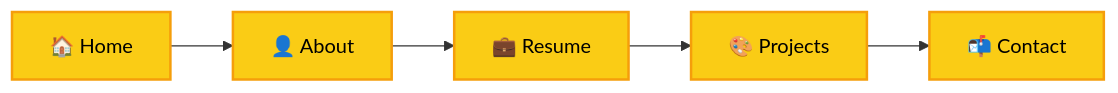
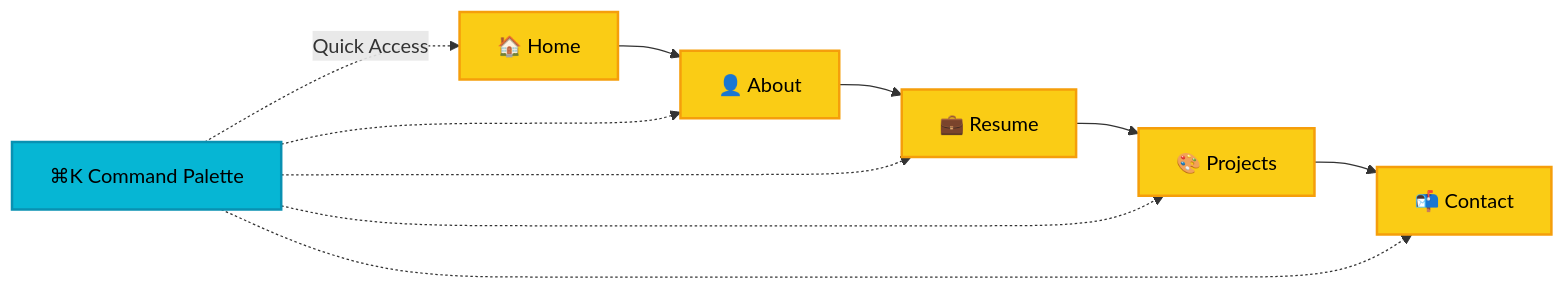
Before and after one commit to emredursun/professional-portfolio: the diagram in README.md, drawn with Mermaid. The commit also changed other lines of this file and 1 other file, not shown here.

````diff
--- a/README.md
+++ b/README.md
@@ -55,13 +56,19 @@
 ```mermaid
 graph LR
     A[🏠 Home] --> B[👤 About]
     B --> C[💼 Resume]
     C --> D[🎨 Projects]
     D --> E[📬 Contact]
+    F[⌘K Command Palette] -.->|Quick Access| A
+    F -.-> B
+    F -.-> C
+    F -.-> D
+    F -.-> E
 
     style A fill:#facc15,stroke:#f59e0b,stroke-width:2px,color:#000
     style B fill:#facc15,stroke:#f59e0b,stroke-width:2px,color:#000
     style C fill:#facc15,stroke:#f59e0b,stroke-width:2px,color:#000
     style D fill:#facc15,stroke:#f59e0b,stroke-width:2px,color:#000
     style E fill:#facc15,stroke:#f59e0b,stroke-width:2px,color:#000
+    style F fill:#06b6d4,stroke:#0891b2,stroke-width:2px,color:#000
 ```
````
